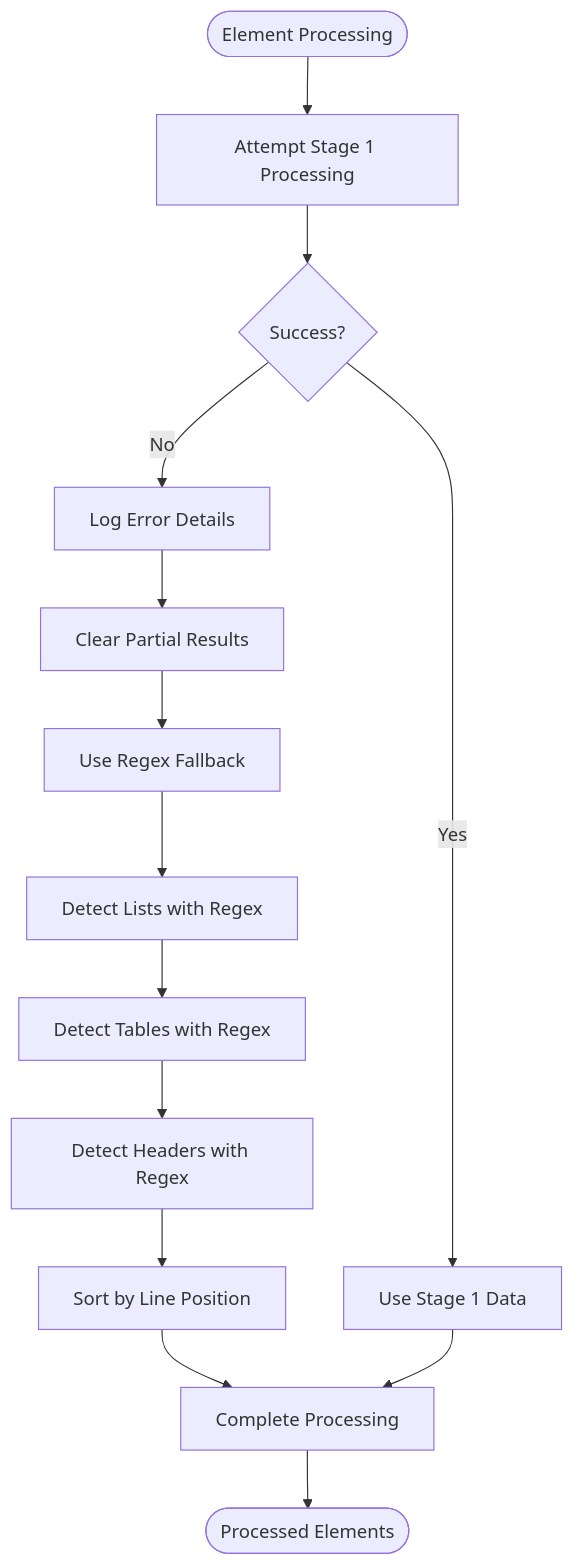
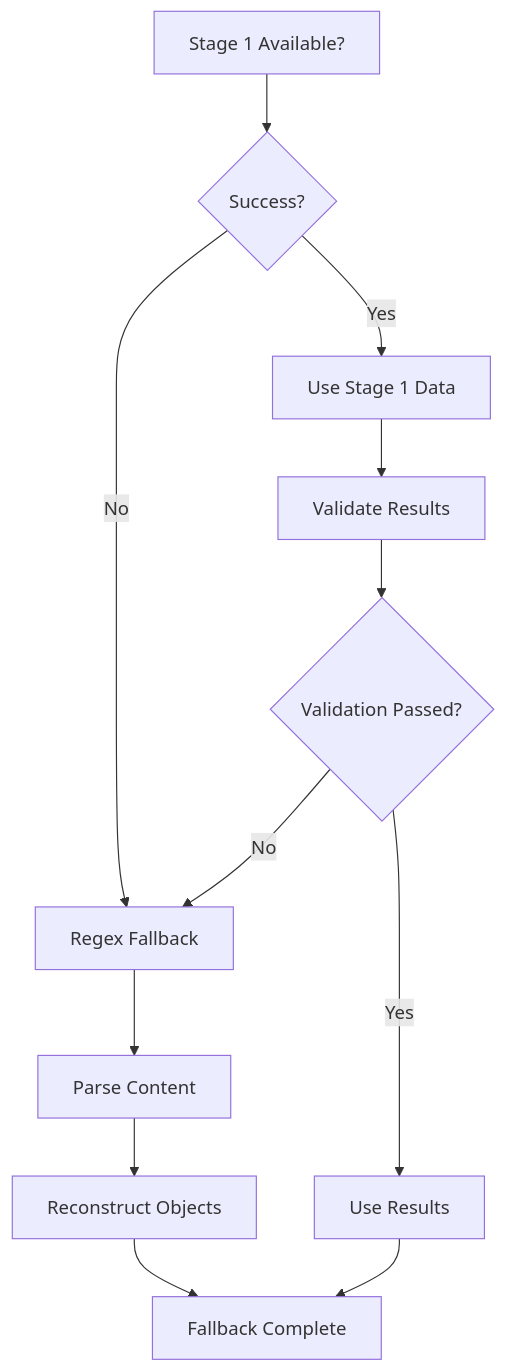
One commit to asukhodko/dify-markdown-chunker changed the ninth of 22 diagrams in .qoder/repowiki/en/content/Chunking Strategies/Mixed Strategy.md. Above: the diagram before and after it, drawn with Mermaid. The commit also changed other lines of this file and 205 other files, not shown here.

````diff
--- a/.qoder/repowiki/en/content/Chunking Strategies/Mixed Strategy.md
+++ b/.qoder/repowiki/en/content/Chunking Strategies/Mixed Strategy.md
@@ -419,16 +323,14 @@
 ```mermaid
 flowchart TD
-Start([Element Processing]) --> TryStage1[Attempt Stage 1 Processing]
-TryStage1 --> Success{"Success?"}
-Success --> |Yes| UseStage1[Use Stage 1 Data]
-Success --> |No| LogError[Log Error Details]
-LogError --> ClearPartial[Clear Partial Results]
-ClearPartial --> UseRegex[Use Regex Fallback]
-UseRegex --> DetectLists[Detect Lists with Regex]
-DetectLists --> DetectTables[Detect Tables with Regex]
-DetectTables --> DetectHeaders[Detect Headers with Regex]
-DetectHeaders --> SortByPosition[Sort by Line Position]
-SortByPosition --> Complete[Complete Processing]
-UseStage1 --> Complete
-Complete --> End([Processed Elements])
+A["Stage 1 Available?"] --> B{"Success?"}
+B --> |Yes| C["Use Stage 1 Data"]
+B --> |No| D["Regex Fallback"]
+C --> E["Validate Results"]
+D --> F["Parse Content"]
+E --> G{"Validation Passed?"}
+G --> |Yes| H["Use Results"]
+G --> |No| D
+F --> I["Reconstruct Objects"]
+I --> J["Fallback Complete"]
+H --> J
 ```
````
